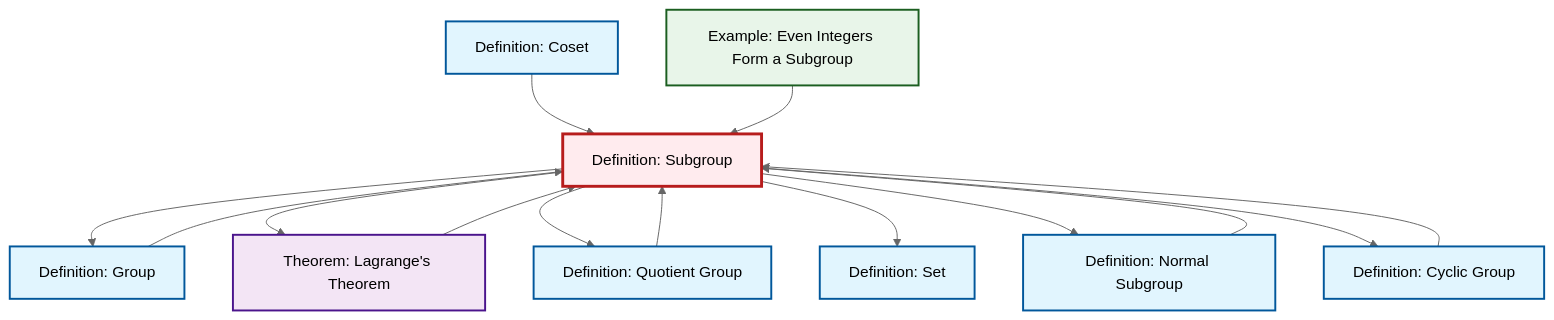
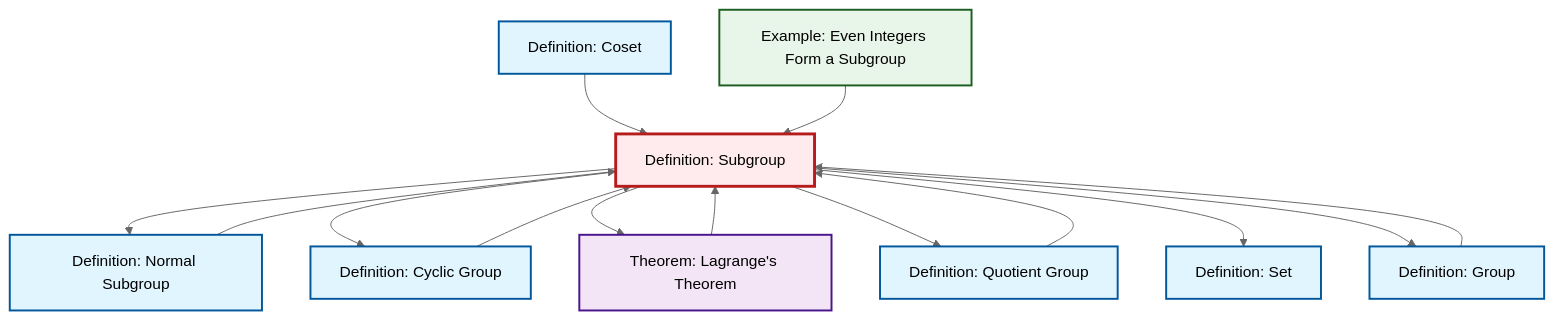
The diagram in content/en/algebra/def-subgroup.qmd (RK0429/ModernMath), drawn with Mermaid (neutral theme) before and after one commit. The commit also changed other lines of this file and 434 other files, not shown here.

````diff
--- a/content/en/algebra/def-subgroup.qmd
+++ b/content/en/algebra/def-subgroup.qmd
@@ -52,40 +52,40 @@
 ```{mermaid}
 %%| fig-cap: "Local dependency graph"
 graph TD
     classDef definition fill:#e1f5fe,stroke:#01579b,stroke-width:2px
     classDef theorem fill:#f3e5f5,stroke:#4a148c,stroke-width:2px
     classDef axiom fill:#fff3e0,stroke:#e65100,stroke-width:2px
     classDef example fill:#e8f5e9,stroke:#1b5e20,stroke-width:2px
     classDef current fill:#ffebee,stroke:#b71c1c,stroke-width:3px
+    def-set["Definition: Set"]:::definition
+    def-coset["Definition: Coset"]:::definition
+    def-group["Definition: Group"]:::definition
+    def-normal-subgroup["Definition: Normal Subgroup"]:::definition
+    def-quotient-group["Definition: Quotient Group"]:::definition
+    thm-lagrange["Theorem: Lagrange's Theorem"]:::theorem
     ex-even-integers-subgroup["Example: Even Integers Form a Subgroup"]:::example
     def-cyclic-group["Definition: Cyclic Group"]:::definition
-    def-coset["Definition: Coset"]:::definition
-    def-normal-subgroup["Definition: Normal Subgroup"]:::definition
-    def-quotient-group["Definition: Quotient Group"]:::definition
     def-subgroup["Definition: Subgroup"]:::definition
-    def-group["Definition: Group"]:::definition
-    def-set["Definition: Set"]:::definition
-    thm-lagrange["Theorem: Lagrange's Theorem"]:::theorem
+    def-subgroup --> def-normal-subgroup
     def-coset --> def-subgroup
+    def-subgroup --> def-cyclic-group
+    def-group --> def-subgroup
+    def-cyclic-group --> def-subgroup
+    def-subgroup --> thm-lagrange
     thm-lagrange --> def-subgroup
-    def-group --> def-subgroup
+    def-quotient-group --> def-subgroup
+    def-normal-subgroup --> def-subgroup
+    def-subgroup --> def-quotient-group
+    ex-even-integers-subgroup --> def-subgroup
+    def-subgroup --> def-set
     def-subgroup --> def-group
-    def-normal-subgroup --> def-subgroup
-    def-quotient-group --> def-subgroup
-    ex-even-integers-subgroup --> def-subgroup
-    def-subgroup --> thm-lagrange
-    def-subgroup --> def-quotient-group
-    def-subgroup --> def-set
-    def-subgroup --> def-normal-subgroup
-    def-cyclic-group --> def-subgroup
-    def-subgroup --> def-cyclic-group
     class def-subgroup current
+    click def-set "def-set.html" "Go to Set definition"
+    click def-coset "def-coset.html" "Go to Coset definition"
+    click def-group "def-group.html" "Go to Group definition"
+    click def-normal-subgroup "def-normal-subgroup.html" "Go to Normal Subgroup definition"
+    click def-quotient-group "def-quotient-group.html" "Go to Quotient Group definition"
+    click thm-lagrange "thm-lagrange.html" "Go to Lagrange's Theorem theorem"
     click ex-even-integers-subgroup "ex-even-integers-subgroup.html" "Go to Even Integers Form a Subgroup example"
     click def-cyclic-group "def-cyclic-group.html" "Go to Cyclic Group definition"
-    click def-coset "def-coset.html" "Go to Coset definition"
-    click def-normal-subgroup "def-normal-subgroup.html" "Go to Normal Subgroup definition"
-    click def-quotient-group "def-quotient-group.html" "Go to Quotient Group definition"
-    click def-group "def-group.html" "Go to Group definition"
-    click def-set "def-set.html" "Go to Set definition"
-    click thm-lagrange "thm-lagrange.html" "Go to Lagrange's Theorem theorem"
 ```
````
